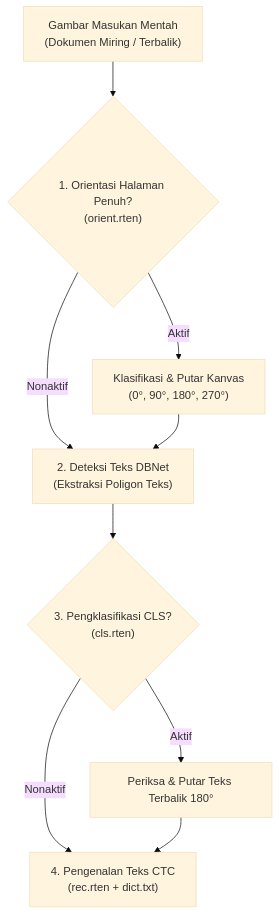
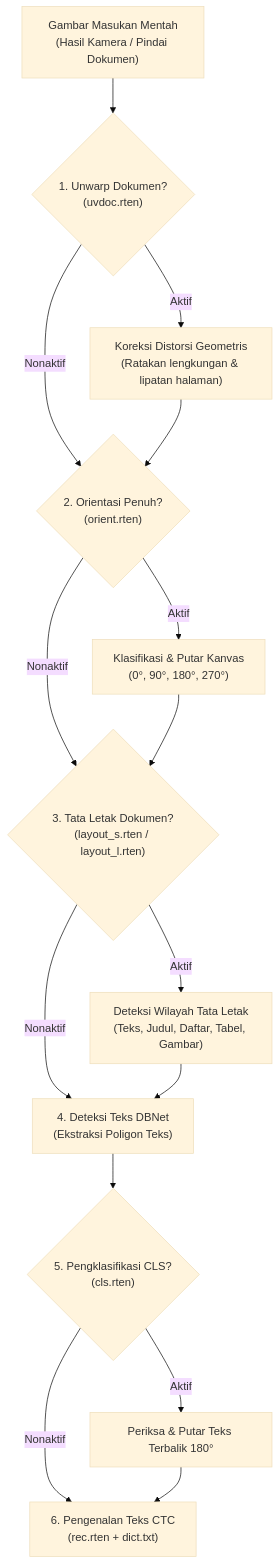
Before and after one commit to byrizki/rusto-rs: the diagram in docs/content/id/03.advance-guide/05.classification-and-orientation.md, drawn with Mermaid (base theme). The commit also changed other lines of this file and 90 other files, not shown here.

````diff
--- a/docs/content/id/03.advance-guide/05.classification-and-orientation.md
+++ b/docs/content/id/03.advance-guide/05.classification-and-orientation.md
@@ -15,11 +15,17 @@
 ```mermaid
 flowchart TD
-    A["Gambar Masukan Mentah<br/>(Dokumen Miring / Terbalik)"] --> B{"1. Orientasi Halaman Penuh?<br/>(orient.rten)"}
-    B -->|Aktif| C["Klasifikasi & Putar Kanvas<br/>(0&deg;, 90&deg;, 180&deg;, 270&deg;)"]
-    B -->|Nonaktif| D["2. Deteksi Teks DBNet<br/>(Ekstraksi Poligon Teks)"]
-    C --> D
-    D --> E{"3. Pengklasifikasi CLS?<br/>(cls.rten)"}
-    E -->|Aktif| F["Periksa & Putar Teks Terbalik 180&deg;"]
-    E -->|Nonaktif| G["4. Pengenalan Teks CTC<br/>(rec.rten + dict.txt)"]
+    A["Gambar Masukan Mentah<br/>(Hasil Kamera / Pindai Dokumen)"] --> U{"1. Unwarp Dokumen?<br/>(uvdoc.rten)"}
+    U -->|Aktif| U1["Koreksi Distorsi Geometris<br/>(Ratakan lengkungan &amp; lipatan halaman)"]
+    U -->|Nonaktif| B
+    U1 --> B{"2. Orientasi Penuh?<br/>(orient.rten)"}
+    B -->|Aktif| C["Klasifikasi &amp; Putar Kanvas<br/>(0&deg;, 90&deg;, 180&deg;, 270&deg;)"]
+    B -->|Nonaktif| L{"3. Tata Letak Dokumen?<br/>(layout_s.rten / layout_l.rten)"}
+    C --> L
+    L -->|Aktif| L1["Deteksi Wilayah Tata Letak<br/>(Teks, Judul, Daftar, Tabel, Gambar)"]
+    L -->|Nonaktif| D["4. Deteksi Teks DBNet<br/>(Ekstraksi Poligon Teks)"]
+    L1 --> D
+    D --> E{"5. Pengklasifikasi CLS?<br/>(cls.rten)"}
+    E -->|Aktif| F["Periksa &amp; Putar Teks Terbalik 180&deg;"]
+    E -->|Nonaktif| G["6. Pengenalan Teks CTC<br/>(rec.rten + dict.txt)"]
     F --> G
 ```
````
